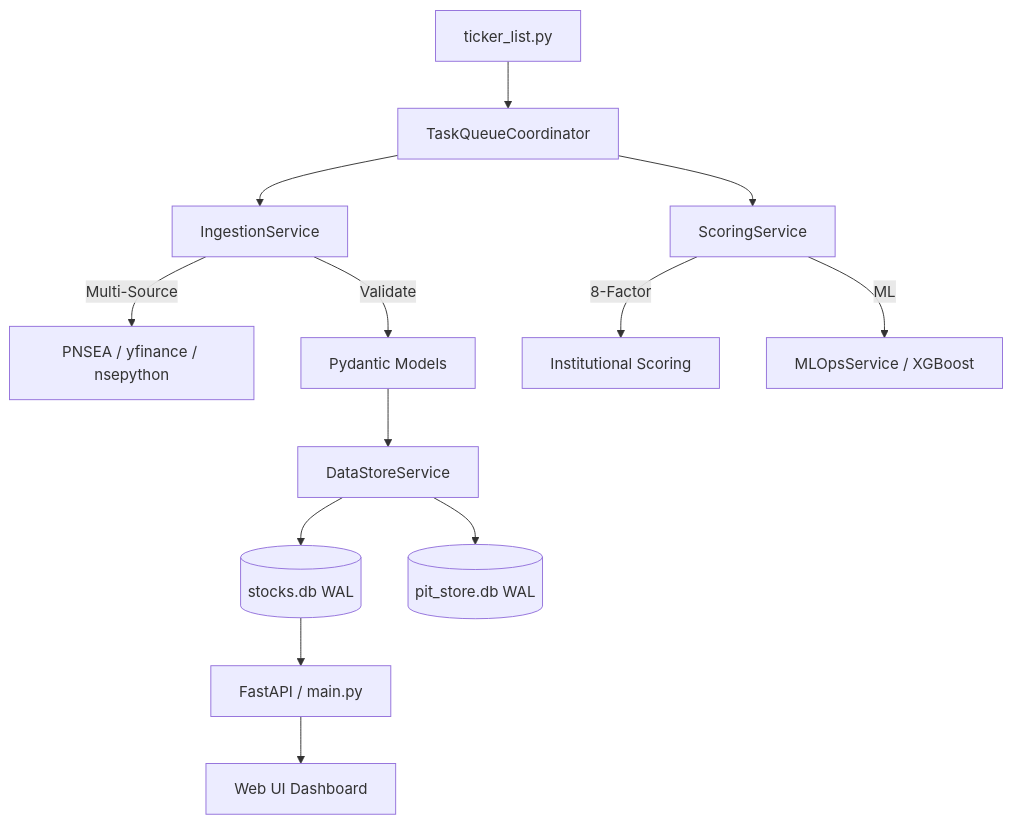
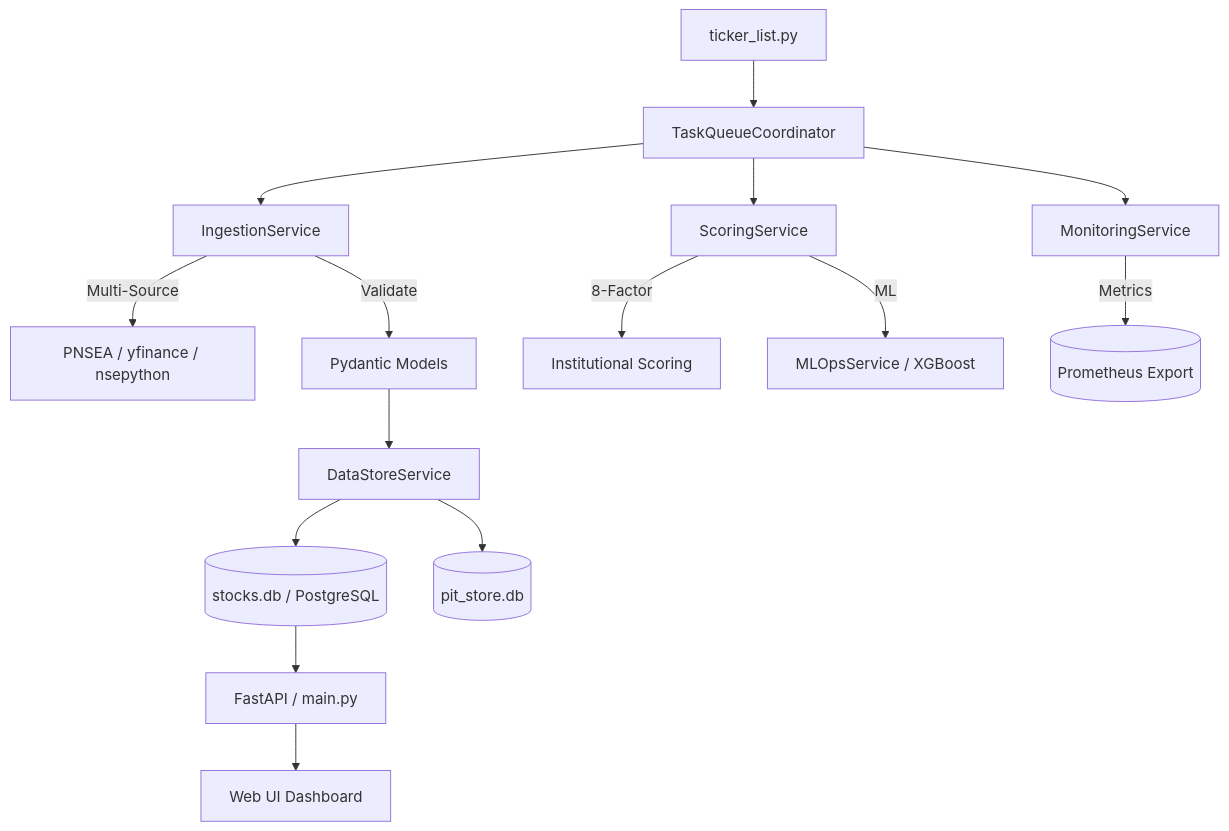
The diagram in README.md (jpechetty-debug/Newmultibagger), drawn with Mermaid before and after one commit. The commit also changed other lines of this file and 69 other files, not shown here.

````diff
--- a/README.md
+++ b/README.md
@@ -69,19 +57,22 @@
 ```mermaid
 graph TD
     A[ticker_list.py] --> B[TaskQueueCoordinator]
     B --> C[IngestionService]
     B --> D[ScoringService]
+    B --> M[MonitoringService]
     
     C -->|Multi-Source| E[PNSEA / yfinance / nsepython]
     C -->|Validate| F[Pydantic Models]
     
     D -->|8-Factor| G[Institutional Scoring]
     D -->|ML| H[MLOpsService / XGBoost]
     
+    M -->|Metrics| P[(Prometheus Export)]
+    
     F --> I[DataStoreService]
-    I --> J[(stocks.db WAL)]
-    I --> K[(pit_store.db WAL)]
+    I --> J[(stocks.db / PostgreSQL)]
+    I --> K[(pit_store.db)]
     
     J --> L[FastAPI / main.py]
-    L --> M[Web UI Dashboard]
+    L --> N[Web UI Dashboard]
 ```
````
